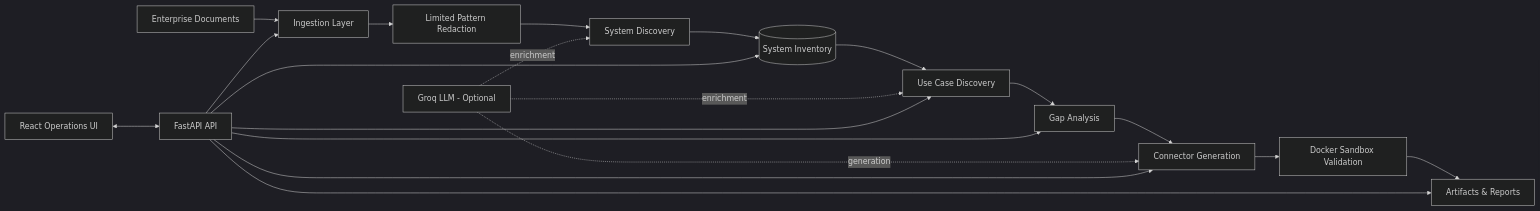
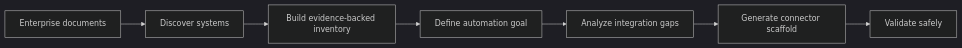
One commit to mathanvasagam/Discovery_agent changed the first of 3 diagrams in README.md. Above: the diagram before and after it, drawn with Mermaid (dark theme). The commit also changed other lines of this file, not shown here.

````diff
--- a/README.md
+++ b/README.md
@@ -39,24 +35,9 @@
 ```mermaid
 flowchart LR
-    A[Enterprise Documents] --> B[Ingestion Layer]
-    B --> C[Limited Pattern Redaction]
-    C --> D[System Discovery]
-    D --> E[(System Inventory)]
-    E --> F[Use Case Discovery]
-    F --> G[Gap Analysis]
-    G --> H[Connector Generation]
-    H --> I[Docker Sandbox Validation]
-    I --> J[Artifacts & Reports]
-
-    K[Groq LLM - Optional] -. enrichment .-> D
-    K -. enrichment .-> F
-    K -. generation .-> H
-
-    L[React Operations UI] <--> M[FastAPI API]
-    M --> B
-    M --> E
-    M --> F
-    M --> G
-    M --> H
-    M --> J
+    A[Enterprise documents] --> B[Discover systems]
+    B --> C[Build evidence-backed inventory]
+    C --> D[Define automation goal]
+    D --> E[Analyze integration gaps]
+    E --> F[Generate connector scaffold]
+    F --> G[Validate safely]
 ```
````
